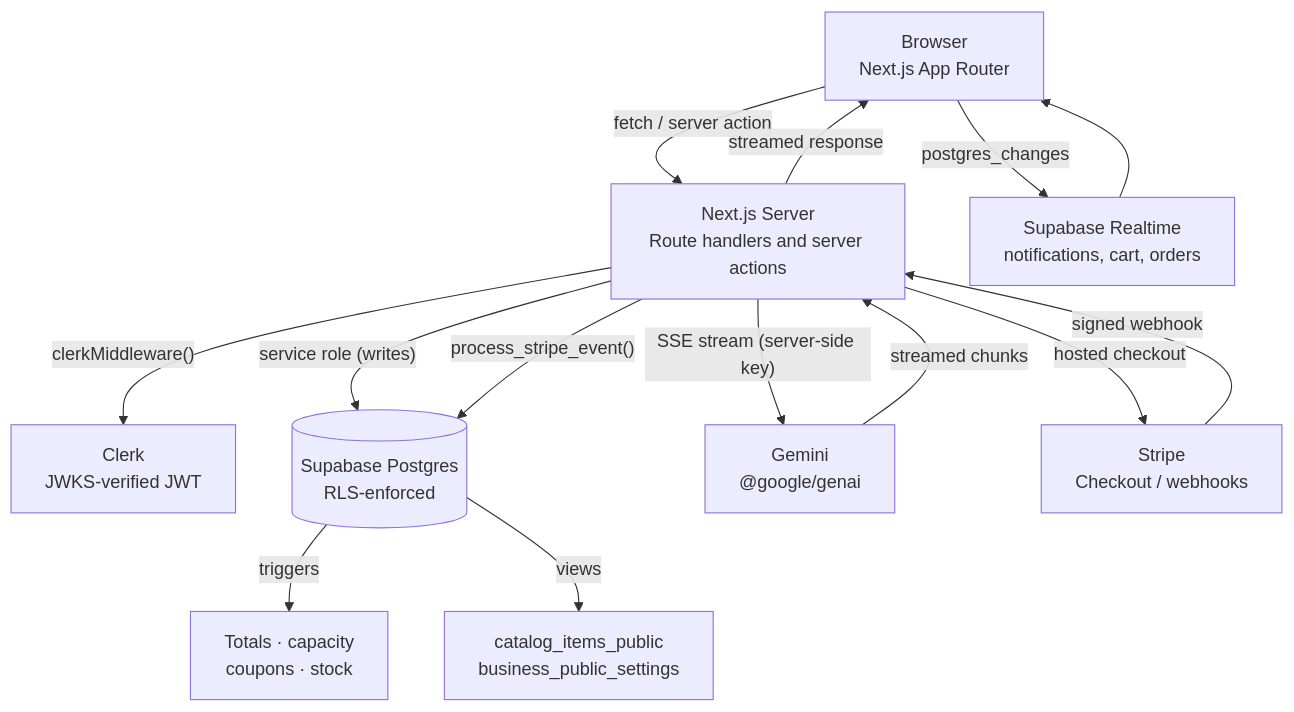
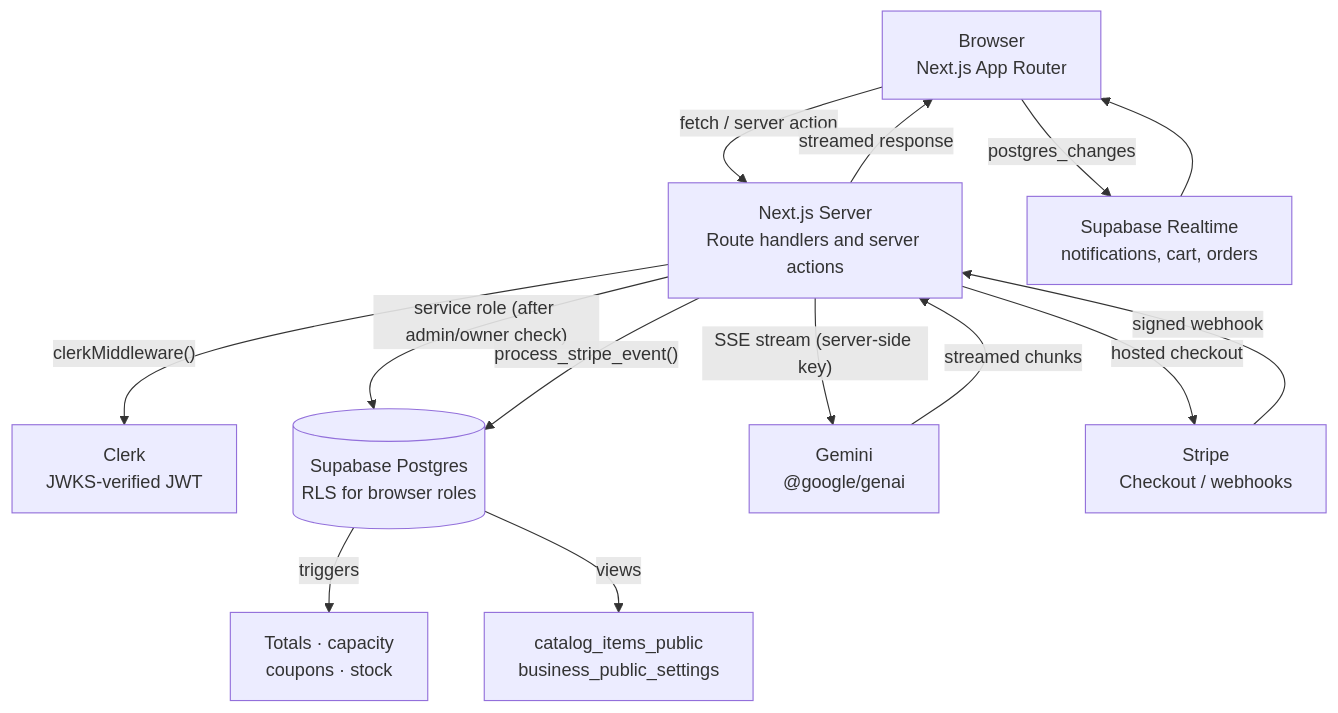
One commit to shaurya-10000/cafe changed the diagram in README.md. Above: the diagram before and after it, drawn with Mermaid. The commit also changed other lines of this file, not shown here.

Commit message:
docs: rewrite README with architecture, setup, and operations guides

````diff
--- a/README.md
+++ b/README.md
@@ -392,19 +135,19 @@
 ```mermaid
 flowchart TD
     B["Browser<br/>Next.js App Router"] -->|"fetch / server action"| N["Next.js Server<br/>Route handlers and server actions"]
     B -->|"postgres_changes"| RT["Supabase Realtime<br/>notifications, cart, orders"]
     RT --> B
 
     N -->|"clerkMiddleware()"| CL["Clerk<br/>JWKS-verified JWT"]
-    N -->|"service role (writes)"| SB[("Supabase Postgres<br/>RLS-enforced")]
+    N -->|"service role (after admin/owner check)"| SB[("Supabase Postgres<br/>RLS for browser roles")]
     N -->|"SSE stream (server-side key)"| G["Gemini<br/>@google/genai"]
     G -->|"streamed chunks"| N
     N -->|"streamed response"| B
     N -->|"hosted checkout"| ST["Stripe<br/>Checkout / webhooks"]
 
     ST -->|"signed webhook"| N
     N -->|"process_stripe_event()"| SB
 
     SB -->|"triggers"| TR["Totals · capacity<br/>coupons · stock"]
     SB -->|"views"| VW["catalog_items_public<br/>business_public_settings"]
 ```
````
